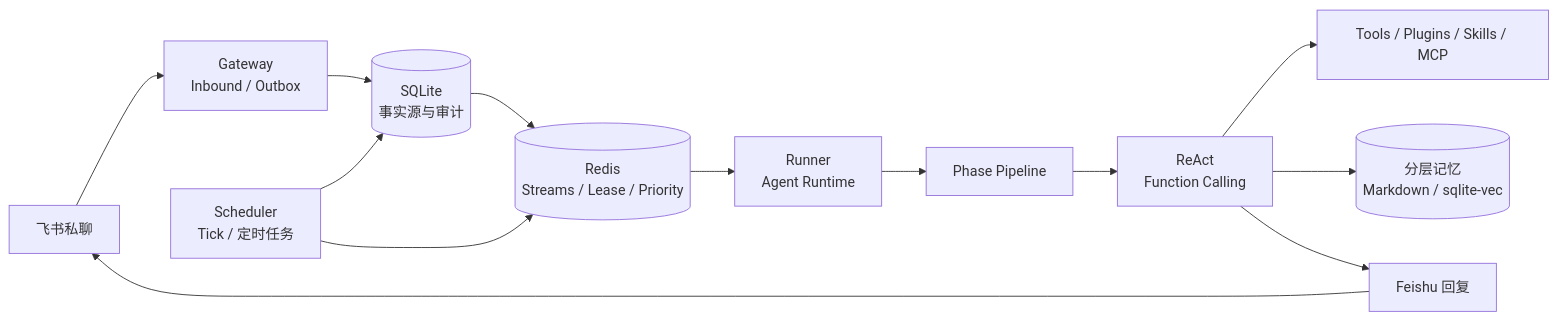
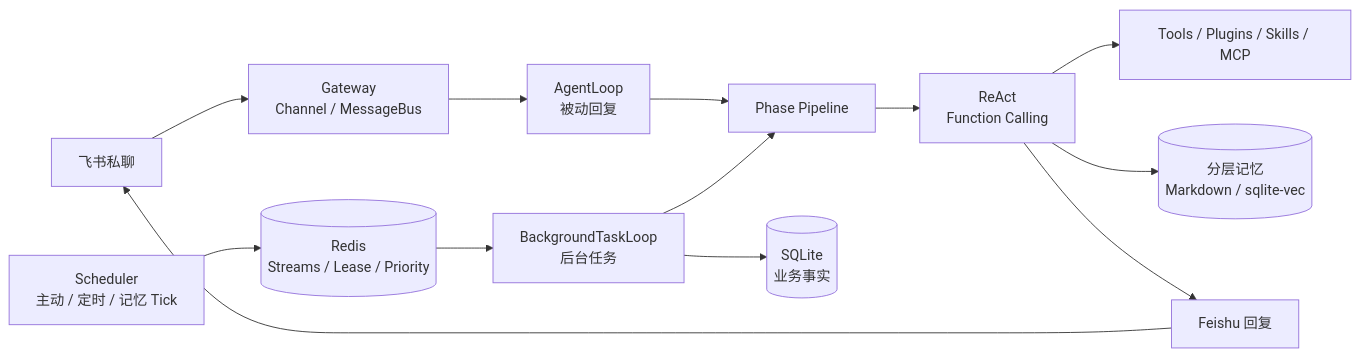
One commit to CR-730/MemoPilot changed the diagram in README.md. Above: the diagram before and after it, drawn with Mermaid. The commit also changed other lines of this file and 1 other file, not shown here.

````diff
--- a/README.md
+++ b/README.md
@@ -50,16 +50,16 @@
 ```mermaid
 flowchart LR
-    U[飞书私聊] --> A["Gateway<br/>Inbound / Outbox"]
-    S["Scheduler<br/>Tick / 定时任务"] --> DB[("SQLite<br/>事实源与审计")]
-    A --> DB
-    DB --> R[(Redis
+    U[飞书私聊] --> G["Gateway<br/>Channel / MessageBus"]
+    G --> L["AgentLoop<br/>被动回复"]
+    L --> P[Phase Pipeline]
+    S["Scheduler<br/>主动 / 定时 / 记忆 Tick"] --> R[(Redis
 Streams / Lease / Priority)]
-    S --> R
-    R --> W["Runner<br/>Agent Runtime"]
-    W --> P[Phase Pipeline]
+    R --> W["BackgroundTaskLoop<br/>后台任务"]
+    W --> P
+    W --> DB[("SQLite<br/>业务事实")]
     P --> X["ReAct<br/>Function Calling"]
     X --> E[Tools / Plugins / Skills / MCP]
     X --> M[("分层记忆<br/>Markdown / sqlite-vec")]
     X --> F[Feishu 回复]
     F --> U
 ```
````
